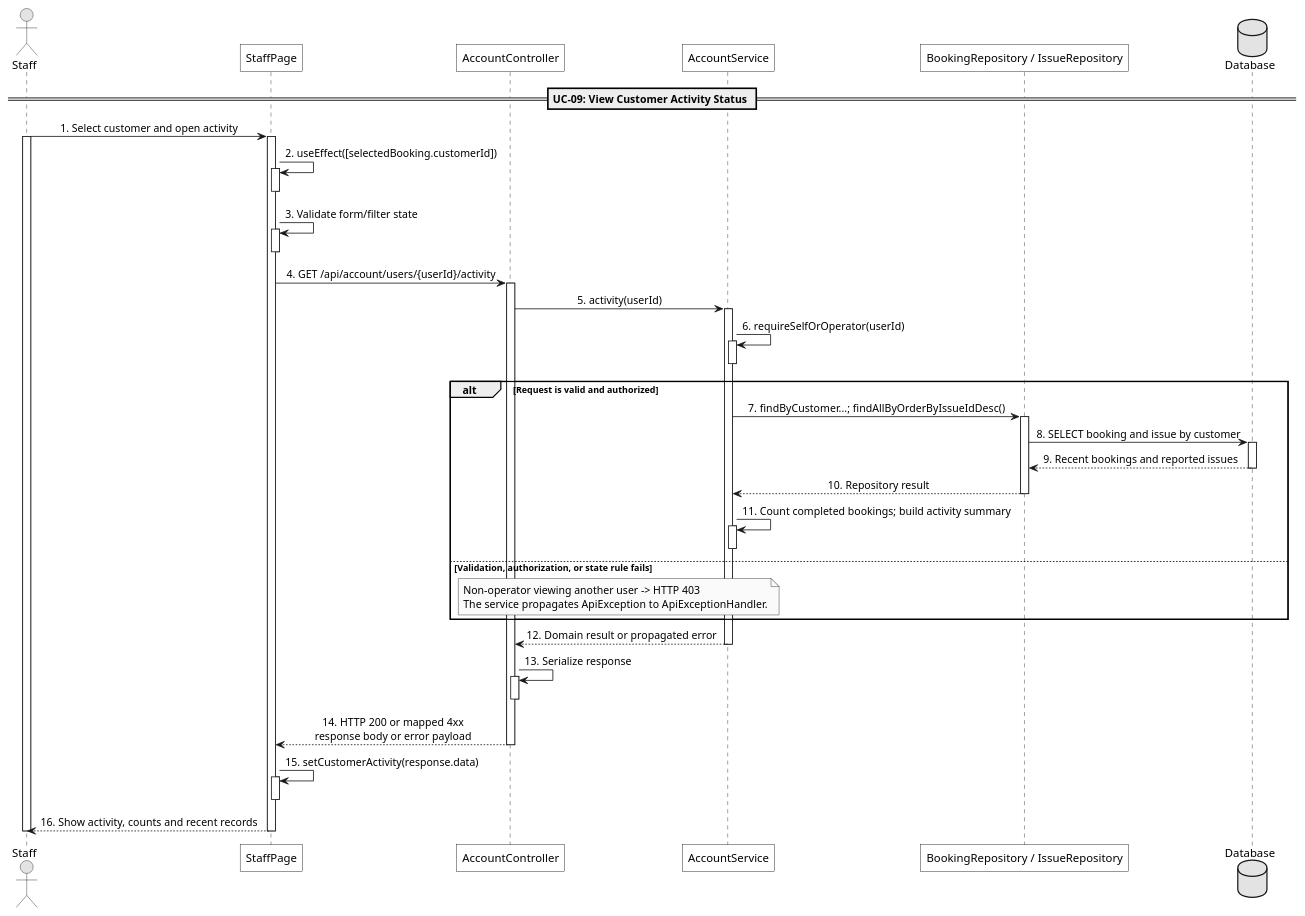
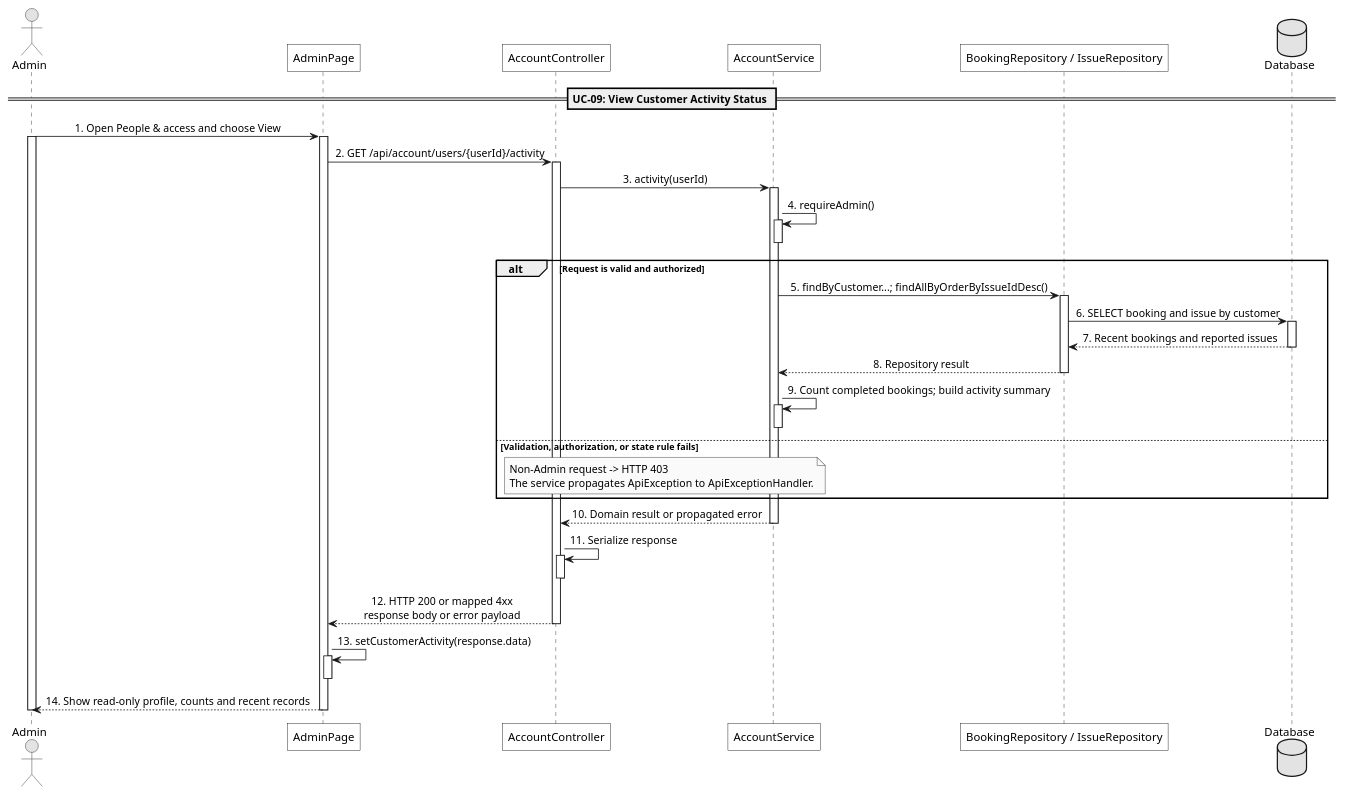
The diagram in docs/Sequence/UC-09-view-customer-activity-status.puml (maxwell1904/SWP391_G3), drawn with PlantUML before and after one commit. The commit also changed 49 other files, not shown here.

```diff
--- a/docs/Sequence/UC-09-view-customer-activity-status.puml
+++ b/docs/Sequence/UC-09-view-customer-activity-status.puml
@@ -1,86 +1,78 @@
 @startuml
 
 skinparam monochrome true
 skinparam shadowing false
 skinparam roundcorner 0
 skinparam sequenceMessageAlign center
 skinparam responseMessageBelowArrow true
 
 skinparam participant {
   BackgroundColor white
   BorderColor black
 }
 
-actor "Staff" as User
-participant "StaffPage" as UI
+actor "Admin" as User
+participant "AdminPage" as UI
 participant "AccountController" as Controller
 participant "AccountService" as Service
 participant "BookingRepository / IssueRepository" as Repo
 database "Database" as DB
 
 == UC-09: View Customer Activity Status ==
 
-User -> UI : 1. Select customer and open activity
+User -> UI : 1. Open People & access and choose View
 activate User
 activate UI
 
-UI -> UI : 2. useEffect([selectedBooking.customerId])
-activate UI
-deactivate UI
-
-UI -> UI : 3. Validate form/filter state
-activate UI
-deactivate UI
-
-UI -> Controller : 4. GET /api/account/users/{userId}/activity
+UI -> Controller : 2. GET /api/account/users/{userId}/activity
 activate Controller
 
-Controller -> Service : 5. activity(userId)
+Controller -> Service : 3. activity(userId)
 activate Service
 
-Service -> Service : 6. requireSelfOrOperator(userId)
+Service -> Service : 4. requireAdmin()
 activate Service
 deactivate Service
 
 alt Request is valid and authorized
-  Service -> Repo : 7. findByCustomer...; findAllByOrderByIssueIdDesc()
+  Service -> Repo : 5. findByCustomer...; findAllByOrderByIssueIdDesc()
   activate Repo
 
-  Repo -> DB : 8. SELECT booking and issue by customer
+  Repo -> DB : 6. SELECT booking and issue by customer
   activate DB
-  DB --> Repo : 9. Recent bookings and reported issues
+  DB --> Repo : 7. Recent bookings and reported issues
   deactivate DB
 
-  Repo --> Service : 10. Repository result
+  Repo --> Service : 8. Repository result
   deactivate Repo
 
-  Service -> Service : 11. Count completed bookings; build activity summary
+  Service -> Service : 9. Count completed bookings; build activity summary
   activate Service
   deactivate Service
 else Validation, authorization, or state rule fails
   note over Service,Controller
-    Non-operator viewing another user -> HTTP 403
+    Non-Admin request -> HTTP 403
     The service propagates ApiException to ApiExceptionHandler.
   end note
 end
 
-Service --> Controller : 12. Domain result or propagated error
+Service --> Controller : 10. Domain result or propagated error
 deactivate Service
 
-Controller -> Controller : 13. Serialize response
+Controller -> Controller : 11. Serialize response
 activate Controller
 deactivate Controller
 
-Controller --> UI : 14. HTTP 200 or mapped 4xx\nresponse body or error payload
+Controller --> UI : 12. HTTP 200 or mapped 4xx\nresponse body or error payload
 deactivate Controller
 
-UI -> UI : 15. setCustomerActivity(response.data)
+UI -> UI : 13. setCustomerActivity(response.data)
 activate UI
 deactivate UI
 
-UI --> User : 16. Show activity, counts and recent records
+UI --> User : 14. Show read-only profile, counts and recent records
 
 deactivate UI
 deactivate User
 
 @enduml
```
